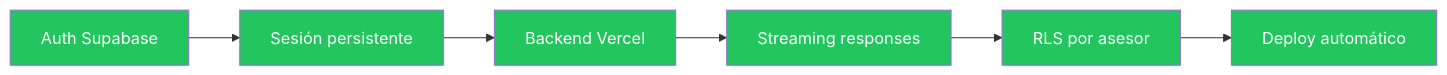
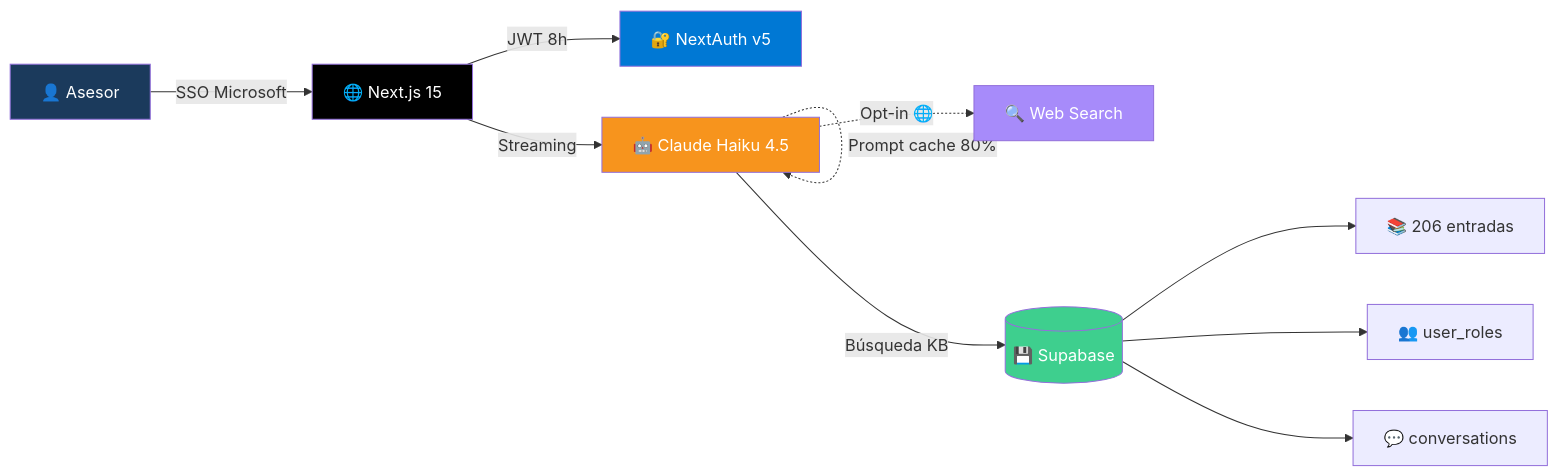
The third of 9 diagrams in ROADMAP.md (JnSbstnRivera/WINDMAR-AI-AGENT), drawn with Mermaid before and after one commit. The commit also changed other lines of this file, not shown here.

Commit message:
docs: actualizar ROADMAP con todos los cambios del 8 mayo (lanzamiento definitivo)

````diff
--- a/ROADMAP.md
+++ b/ROADMAP.md
@@ -87,15 +95,19 @@
 ```mermaid
 flowchart LR
-    A1[Auth Supabase] --> A2[Sesión persistente]
-    A2 --> A3[Backend Vercel]
-    A3 --> A4[Streaming responses]
-    A4 --> A5[RLS por asesor]
-    A5 --> A6[Deploy automático]
+    User[👤 Asesor] -->|SSO Microsoft| App[🌐 Next.js 15]
+    App -->|JWT 8h| Auth[🔐 NextAuth v5]
+    App -->|Streaming| AI[🤖 Claude Haiku 4.5]
+    AI -.->|Prompt cache 80%| AI
+    AI -->|Búsqueda KB| DB[(💾 Supabase)]
+    AI -.->|Opt-in 🌐| Web[🔍 Web Search]
+    DB --> KB[📚 206 entradas]
+    DB --> UR[👥 user_roles]
+    DB --> CV[💬 conversations]
 
-    style A1 fill:#22c55e,color:#fff
-    style A2 fill:#22c55e,color:#fff
-    style A3 fill:#22c55e,color:#fff
-    style A4 fill:#22c55e,color:#fff
-    style A5 fill:#22c55e,color:#fff
-    style A6 fill:#22c55e,color:#fff
+    style User fill:#1B3A5C,color:#fff
+    style App fill:#000,color:#fff
+    style Auth fill:#0078D4,color:#fff
+    style AI fill:#F7941D,color:#fff
+    style DB fill:#3ECF8E,color:#fff
+    style Web fill:#a78bfa,color:#fff
 ```
````
